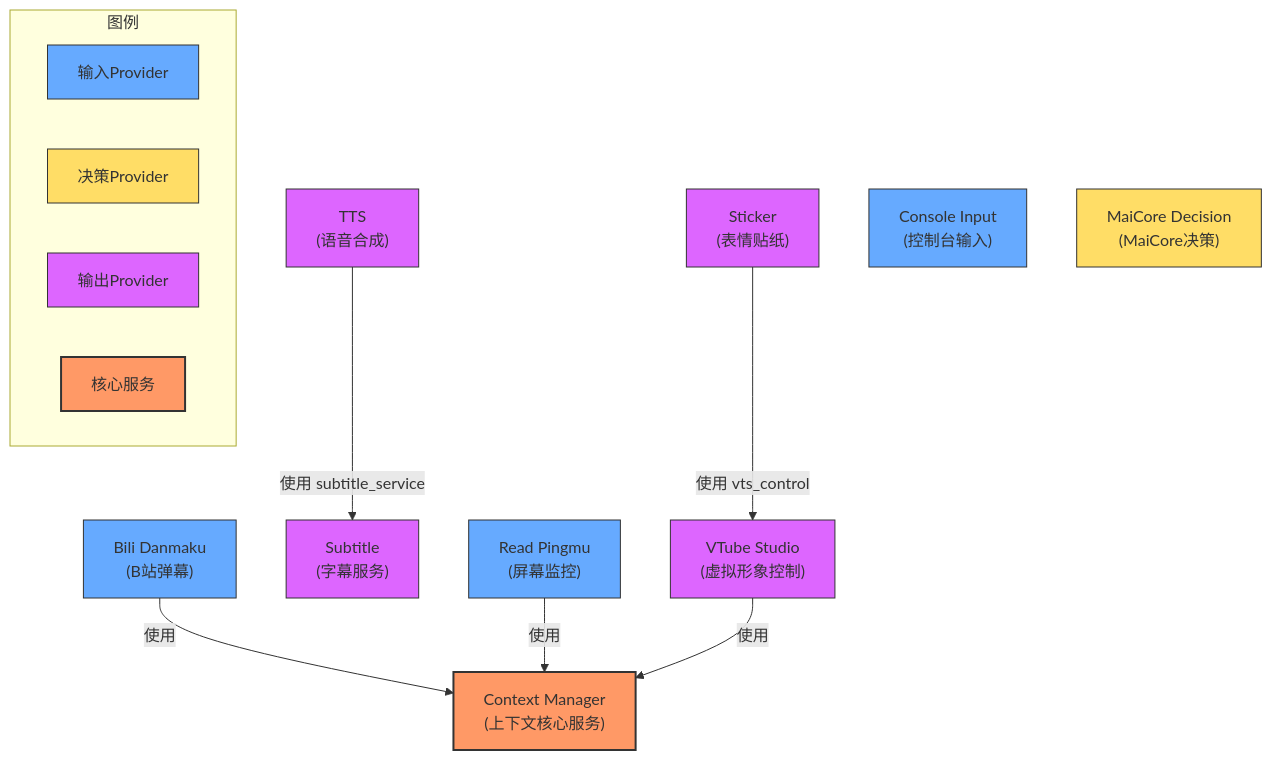
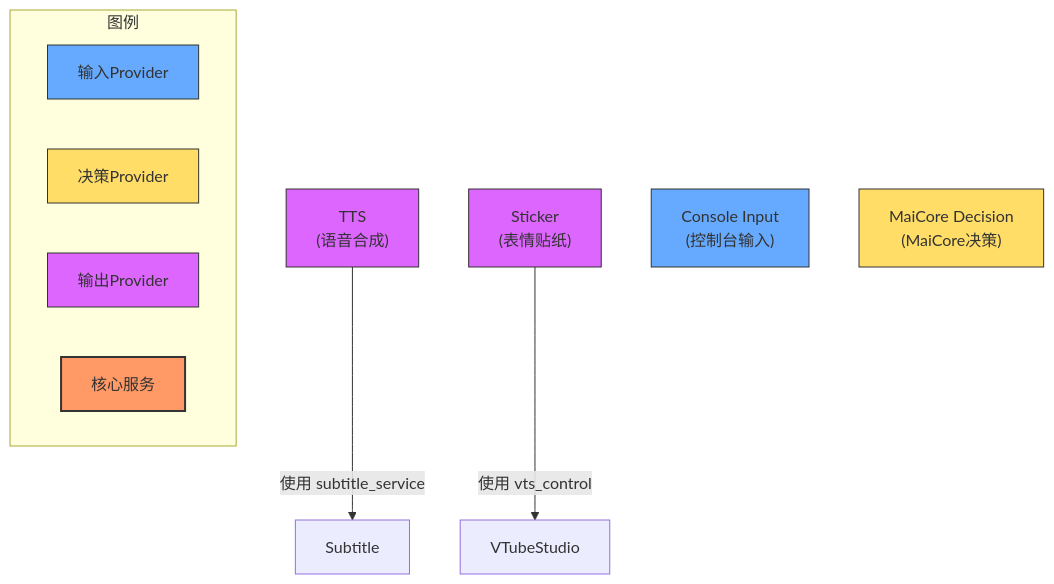
One commit to Mai-with-u/Amaidesu changed the second of 2 diagrams in README.md. Above: the diagram before and after it, drawn with Mermaid. The commit also changed other lines of this file and 13 other files, not shown here.

First line of the commit message:
refactor(core): 完全移除 ContextManager 组件

````diff
--- a/README.md
+++ b/README.md
@@ -294,36 +293,25 @@
 ```mermaid
 flowchart TD
-    %% 核心服务
-    ContextManager["Context Manager<br>(上下文核心服务)"]:::core_service
-
-    %% 服务Provider
-    VTubeStudio["VTube Studio<br>(虚拟形象控制)"]:::output
-    Subtitle["Subtitle<br>(字幕服务)"]:::output
-
-    %% 服务依赖关系
-    BiliDanmaku["Bili Danmaku<br>(B站弹幕)"]:::input -->|使用| ContextManager
-    ReadPingmu["Read Pingmu<br>(屏幕监控)"]:::input -->|使用| ContextManager
-    VTubeStudio -->|使用| ContextManager
-
+  
     TTS["TTS<br>(语音合成)"]:::output -->|使用 subtitle_service| Subtitle
 
     Sticker["Sticker<br>(表情贴纸)"]:::output -->|使用 vts_control| VTubeStudio
 
     %% 没有依赖其他服务的独立Provider
     ConsoleInput["Console Input<br>(控制台输入)"]:::input
     MaiCoreDecision["MaiCore Decision<br>(MaiCore决策)"]:::decision
 
     %% 样式定义
     classDef core_service fill:#f96,stroke:#333,stroke-width:2px
     classDef input fill:#6af,stroke:#333,stroke-width:1px
     classDef decision fill:#fd6,stroke:#333,stroke-width:1px
     classDef output fill:#d6f,stroke:#333,stroke-width:1px
 
     %% 图例
     subgraph 图例
         InputEx["输入Provider"]:::input
         DecisionEx["决策Provider"]:::decision
         OutputEx["输出Provider"]:::output
         CoreSrvEx["核心服务"]:::core_service
     end
 ```
````
